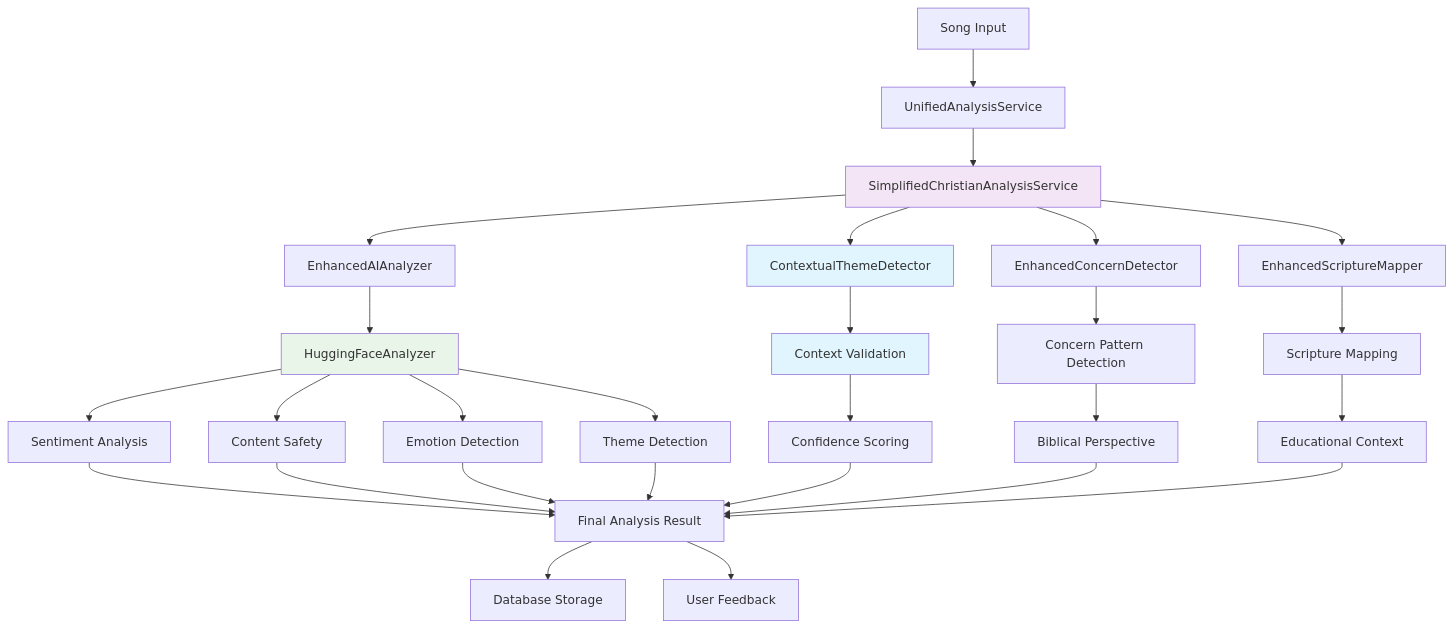
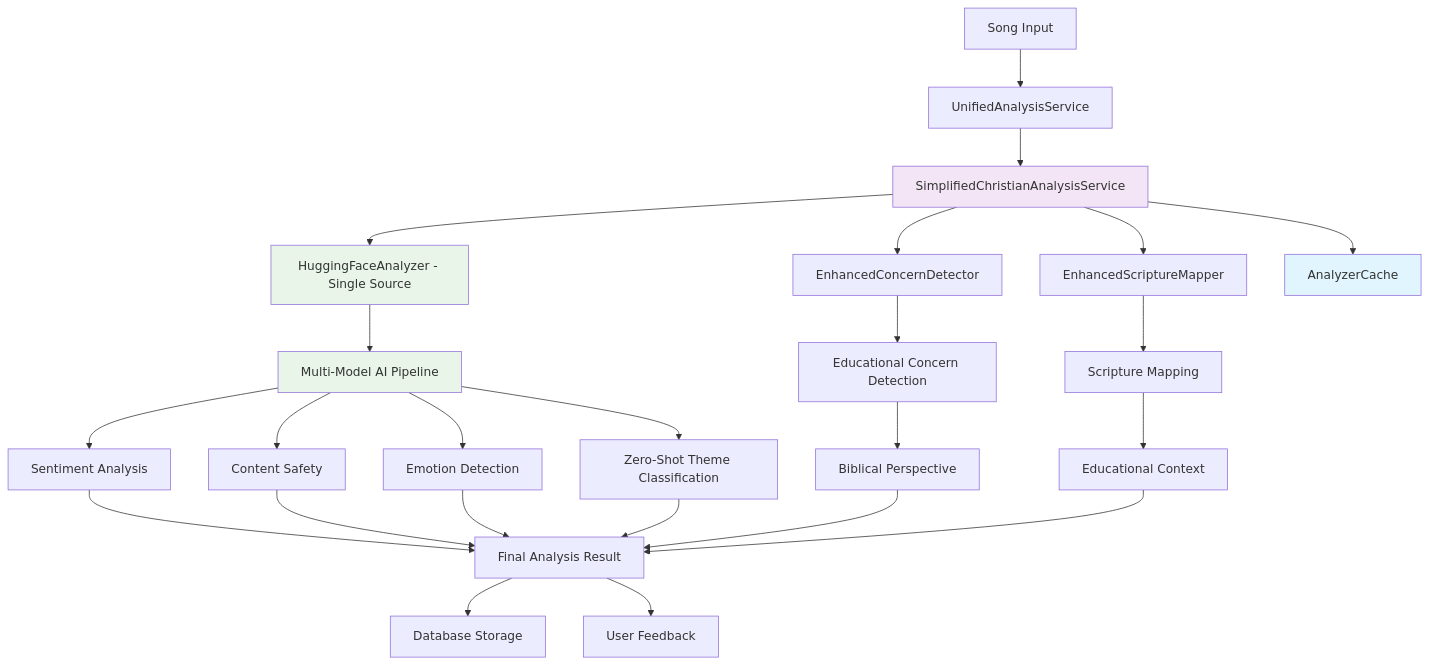
Before and after one commit to smontoya86/christian-cleanup: the second of 2 diagrams in docs/simplified_structure_rebuild.md, drawn with Mermaid. The commit also changed other lines of this file, not shown here.

First line of the commit message:
docs: Update architecture documentation to reflect consolidated system

````diff
--- a/docs/simplified_structure_rebuild.md
+++ b/docs/simplified_structure_rebuild.md
@@ -89,43 +96,39 @@
 ```mermaid
 graph TB
     A[Song Input] --> B[UnifiedAnalysisService]
     
     B --> C[SimplifiedChristianAnalysisService]
     
-    C --> D[EnhancedAIAnalyzer]
-    C --> E[ContextualThemeDetector]
-    C --> F[EnhancedConcernDetector]
-    C --> G[EnhancedScriptureMapper]
+    C --> D[HuggingFaceAnalyzer - Single Source]
+    C --> E[EnhancedConcernDetector]
+    C --> F[EnhancedScriptureMapper]
+    C --> G[AnalyzerCache]
     
-    D --> H[HuggingFaceAnalyzer]
+    D --> H[Multi-Model AI Pipeline]
     
     H --> I[Sentiment Analysis]
     H --> J[Content Safety]
     H --> K[Emotion Detection]
-    H --> L[Theme Detection]
+    H --> L[Zero-Shot Theme Classification]
     
-    E --> M[Context Validation]
-    M --> N[Confidence Scoring]
+    E --> M[Educational Concern Detection]
+    M --> N[Biblical Perspective]
     
-    F --> O[Concern Pattern Detection]
-    O --> P[Biblical Perspective]
+    F --> O[Scripture Mapping]
+    O --> P[Educational Context]
     
-    G --> Q[Scripture Mapping]
-    Q --> R[Educational Context]
+    I --> Q[Final Analysis Result]
+    J --> Q
+    K --> Q
+    L --> Q
+    N --> Q
+    P --> Q
     
-    I --> S[Final Analysis Result]
-    J --> S
-    K --> S
-    L --> S
-    N --> S
-    P --> S
-    R --> S
+    Q --> R[Database Storage]
+    Q --> S[User Feedback]
     
-    S --> T[Database Storage]
-    S --> U[User Feedback]
-    
-    style E fill:#e1f5fe
+    style D fill:#e8f5e8
     style C fill:#f3e5f5
     style H fill:#e8f5e8
-    style M fill:#e1f5fe
+    style G fill:#e1f5fe
 ```
````
